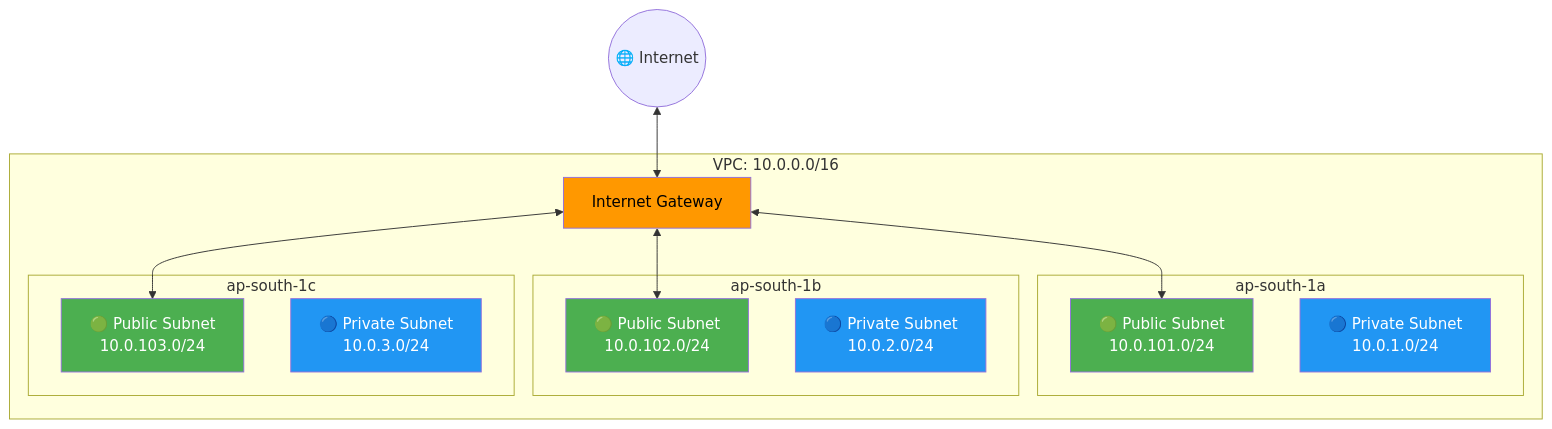
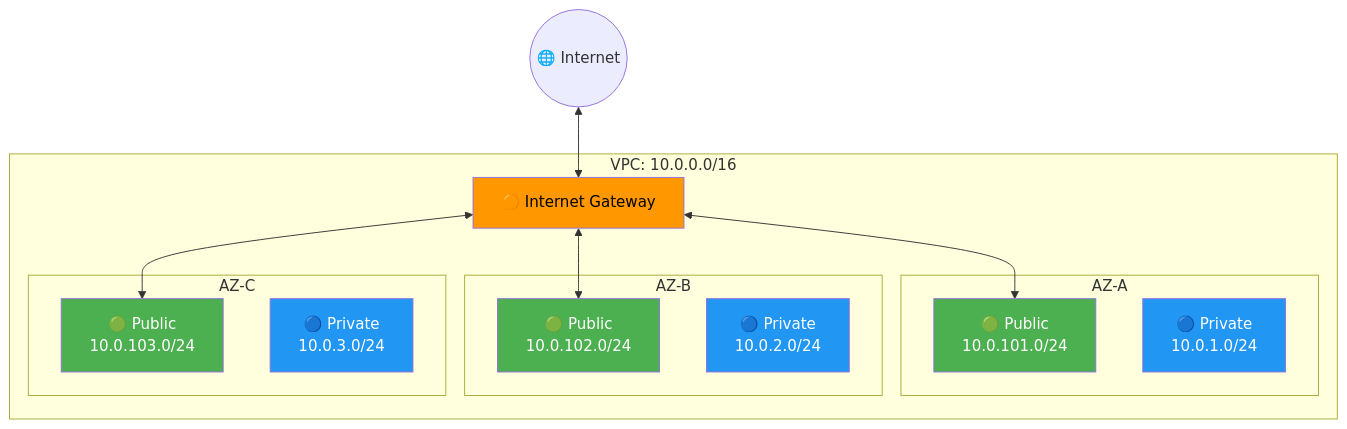
Before and after one commit to selvakumarperumal/EKS_k8s_custom_template_with_Terraform: the fourth of 20 diagrams in docs/architecture-build-steps.md, drawn with Mermaid. The commit also changed other lines of this file, not shown here.

Commit message:
docs: rewrite build steps with 30 elaborated steps including HCL code and architecture diagrams

````diff
--- a/docs/architecture-build-steps.md
+++ b/docs/architecture-build-steps.md
@@ -12,36 +132,33 @@
 ```mermaid
 graph TB
-    Internet(("🌐 Internet"))
+    Internet(("🌐 Internet")) <--> IGW
 
     subgraph VPC["VPC: 10.0.0.0/16"]
-        IGW["Internet Gateway"]
+        IGW["🟠 Internet Gateway"]
 
-        subgraph AZ1["ap-south-1a"]
-            PUB1["🟢 Public Subnet\n10.0.101.0/24"]
-            PRIV1["🔵 Private Subnet\n10.0.1.0/24"]
+        subgraph AZ1["AZ-A"]
+            PUB1["🟢 Public\n10.0.101.0/24"]
+            PRIV1["🔵 Private\n10.0.1.0/24"]
         end
-
-        subgraph AZ2["ap-south-1b"]
-            PUB2["🟢 Public Subnet\n10.0.102.0/24"]
-            PRIV2["🔵 Private Subnet\n10.0.2.0/24"]
+        subgraph AZ2["AZ-B"]
+            PUB2["🟢 Public\n10.0.102.0/24"]
+            PRIV2["🔵 Private\n10.0.2.0/24"]
         end
-
-        subgraph AZ3["ap-south-1c"]
-            PUB3["🟢 Public Subnet\n10.0.103.0/24"]
-            PRIV3["🔵 Private Subnet\n10.0.3.0/24"]
+        subgraph AZ3["AZ-C"]
+            PUB3["🟢 Public\n10.0.103.0/24"]
+            PRIV3["🔵 Private\n10.0.3.0/24"]
         end
     end
 
-    Internet <--> IGW
     IGW <--> PUB1
     IGW <--> PUB2
     IGW <--> PUB3
 
     style PUB1 fill:#4CAF50,color:#fff
     style PUB2 fill:#4CAF50,color:#fff
     style PUB3 fill:#4CAF50,color:#fff
     style PRIV1 fill:#2196F3,color:#fff
     style PRIV2 fill:#2196F3,color:#fff
     style PRIV3 fill:#2196F3,color:#fff
     style IGW fill:#FF9800,color:#000
 ```
````
